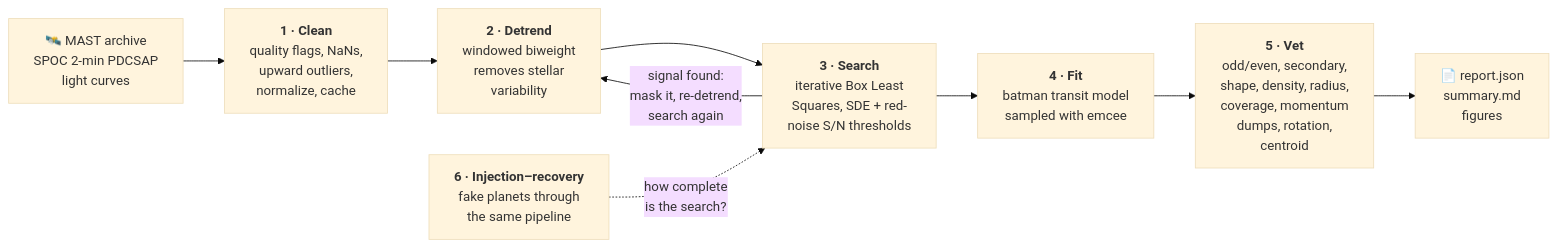
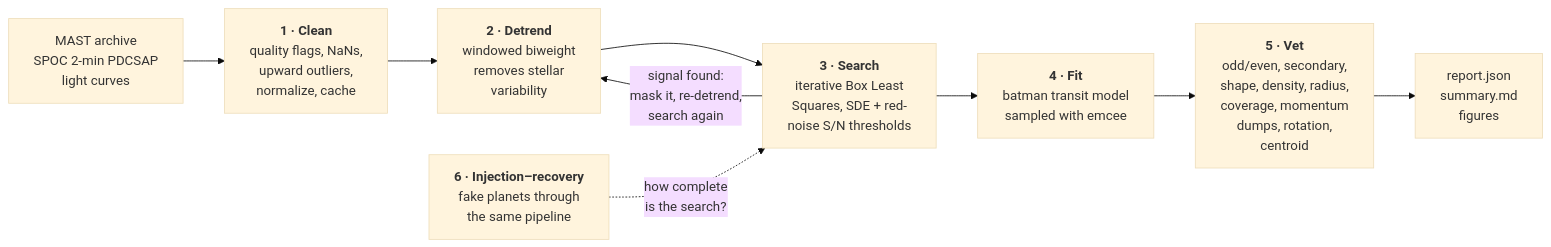
One commit to Comdex4/tess-transit-hunter changed the first of 3 diagrams in README.md. Above: the diagram before and after it, drawn with Mermaid (base theme). The commit also changed other lines of this file and 9 other files, not shown here.

````diff
--- a/README.md
+++ b/README.md
@@ -123,11 +184,11 @@
 ```mermaid
 flowchart LR
-    A["🛰️ MAST archive<br/>SPOC 2-min PDCSAP<br/>light curves"] --> B["<b>1 · Clean</b><br/>quality flags, NaNs,<br/>upward outliers,<br/>normalize, cache"]
+    A["MAST archive<br/>SPOC 2-min PDCSAP<br/>light curves"] --> B["<b>1 · Clean</b><br/>quality flags, NaNs,<br/>upward outliers,<br/>normalize, cache"]
     B --> C["<b>2 · Detrend</b><br/>windowed biweight<br/>removes stellar<br/>variability"]
     C --> D["<b>3 · Search</b><br/>iterative Box Least<br/>Squares, SDE + red-<br/>noise S/N thresholds"]
     D -->|"signal found:<br/>mask it, re-detrend,<br/>search again"| C
     D --> E["<b>4 · Fit</b><br/>batman transit model<br/>sampled with emcee"]
     E --> F["<b>5 · Vet</b><br/>odd/even, secondary,<br/>shape, density, radius,<br/>coverage, momentum<br/>dumps, rotation,<br/>centroid"]
-    F --> G["📄 report.json<br/>summary.md<br/>figures"]
+    F --> G["report.json<br/>summary.md<br/>figures"]
     H["<b>6 · Injection–recovery</b><br/>fake planets through<br/>the same pipeline"] -.->|"how complete<br/>is the search?"| D
 ```
````
